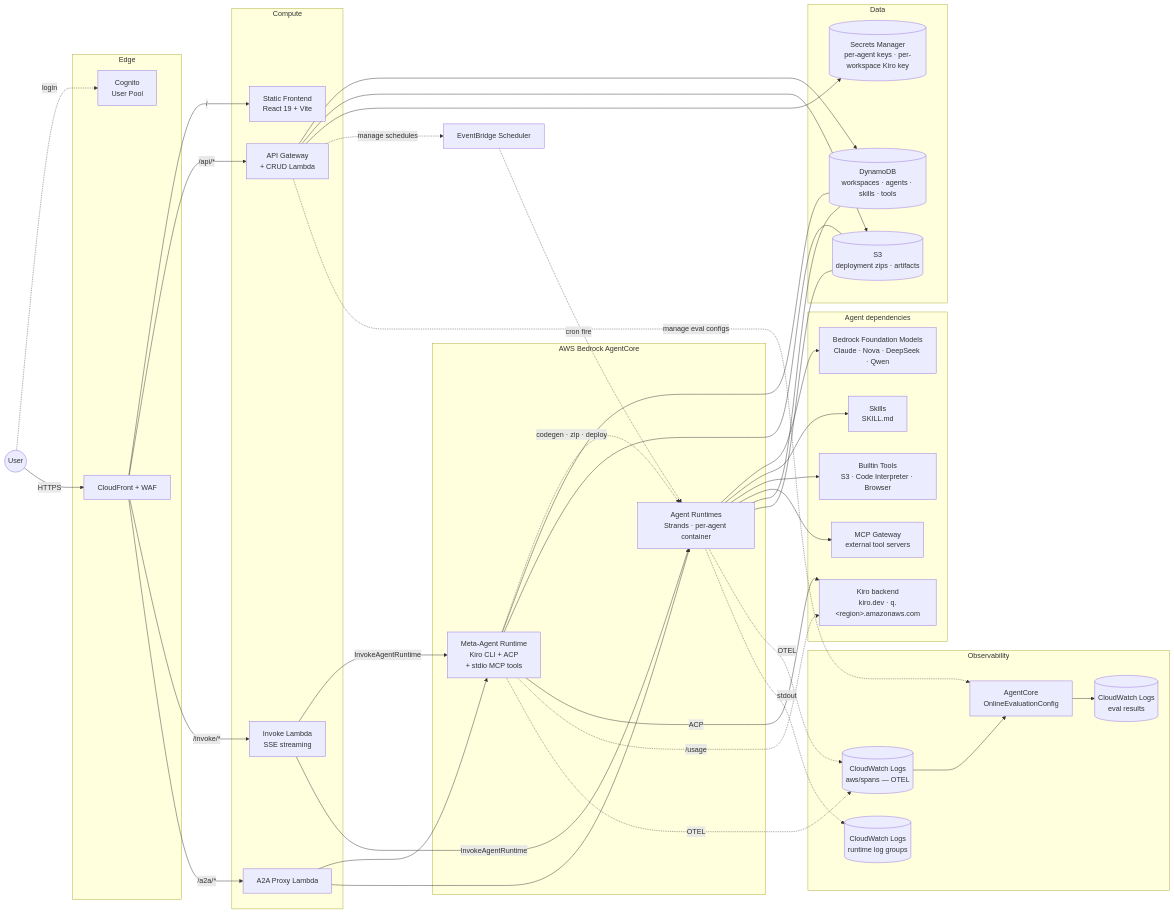
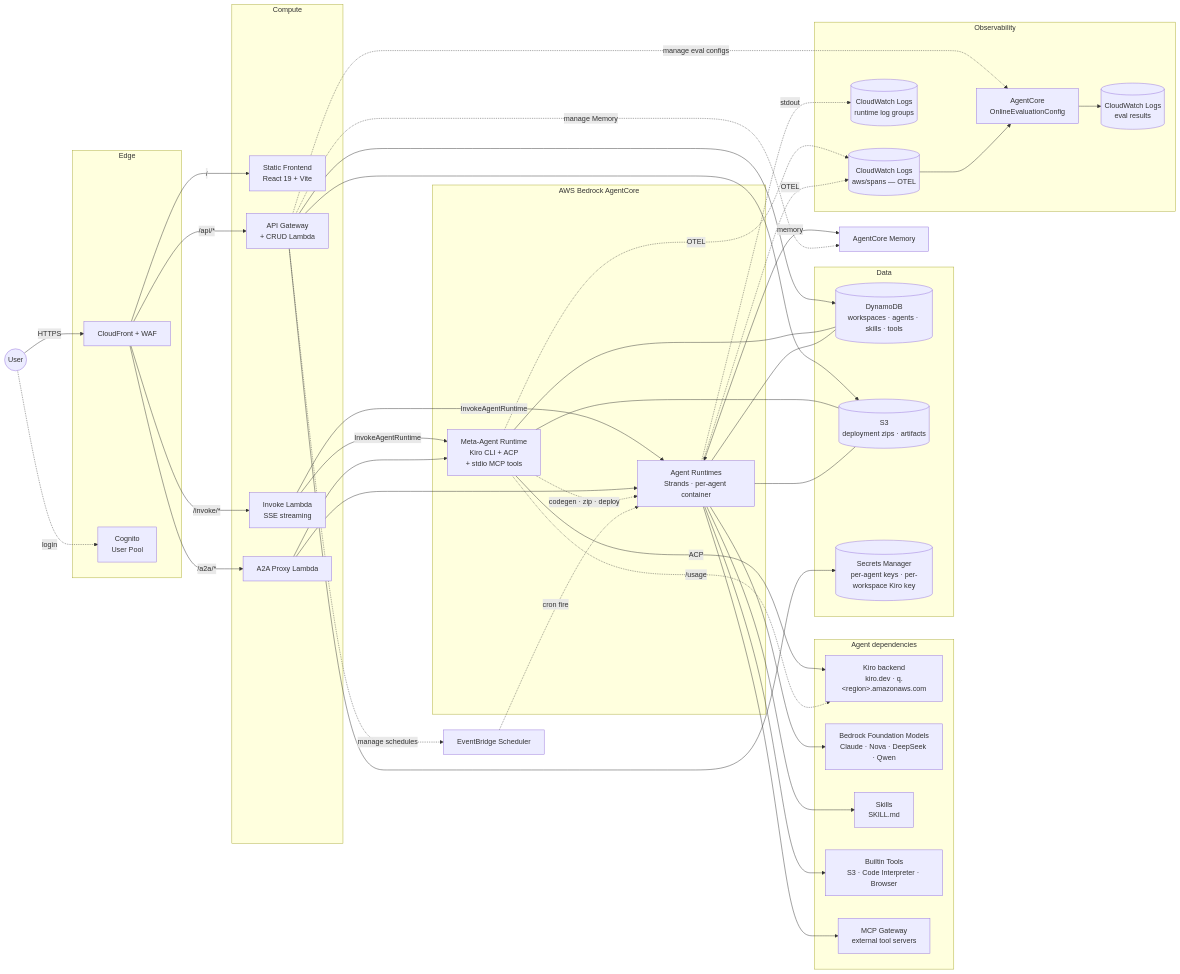
Before and after one commit to ddpie/agent-studio: the second of 2 diagrams in docs/architecture.md, drawn with Mermaid. The commit also changed other lines of this file, not shown here.

Commit message:
docs(architecture): add Memory + Observability frontend sections

```diff
--- a/docs/architecture.md
+++ b/docs/architecture.md
@@ -275,8 +304,11 @@
     Agents --> Skills
     Agents --> Tools
     Agents --> MCP
+    Agents <-->|memory| Memory[AgentCore Memory]
     Agents --- DDB
     Agents --- S3
+
+    API -.manage Memory.-> Memory
 
     EB -.cron fire.-> Agents
 
```
